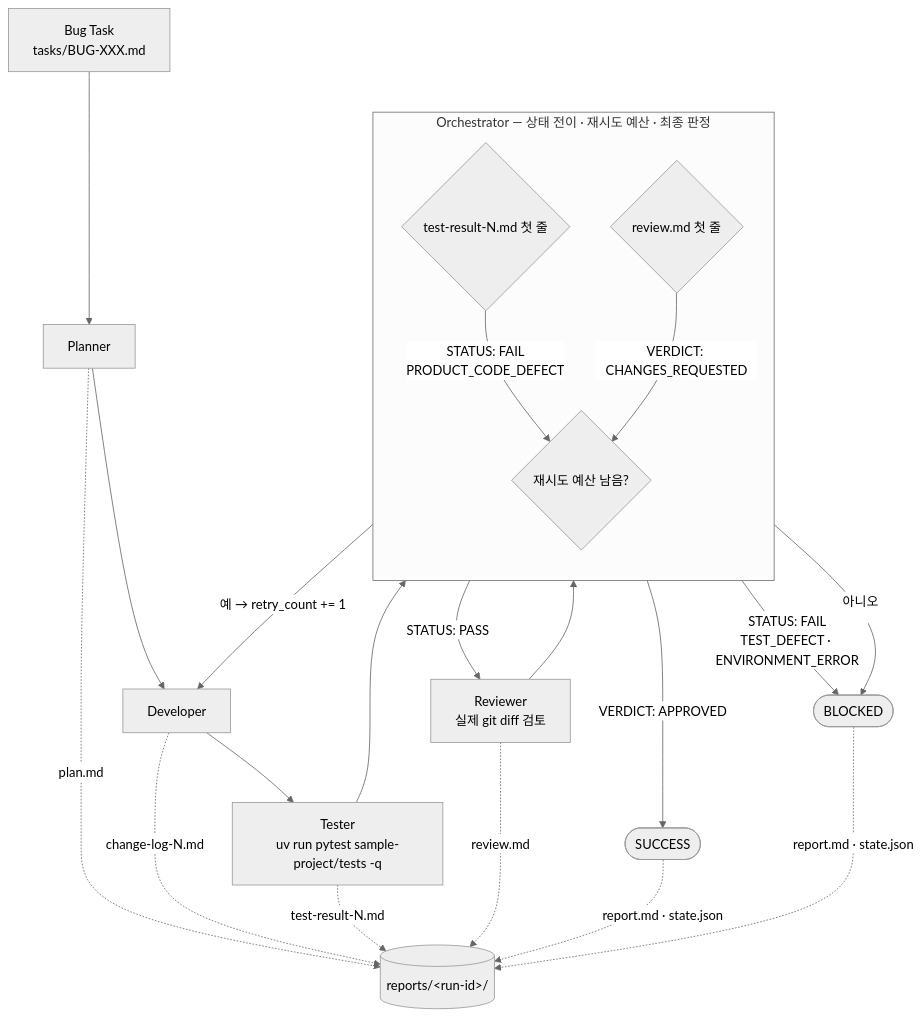
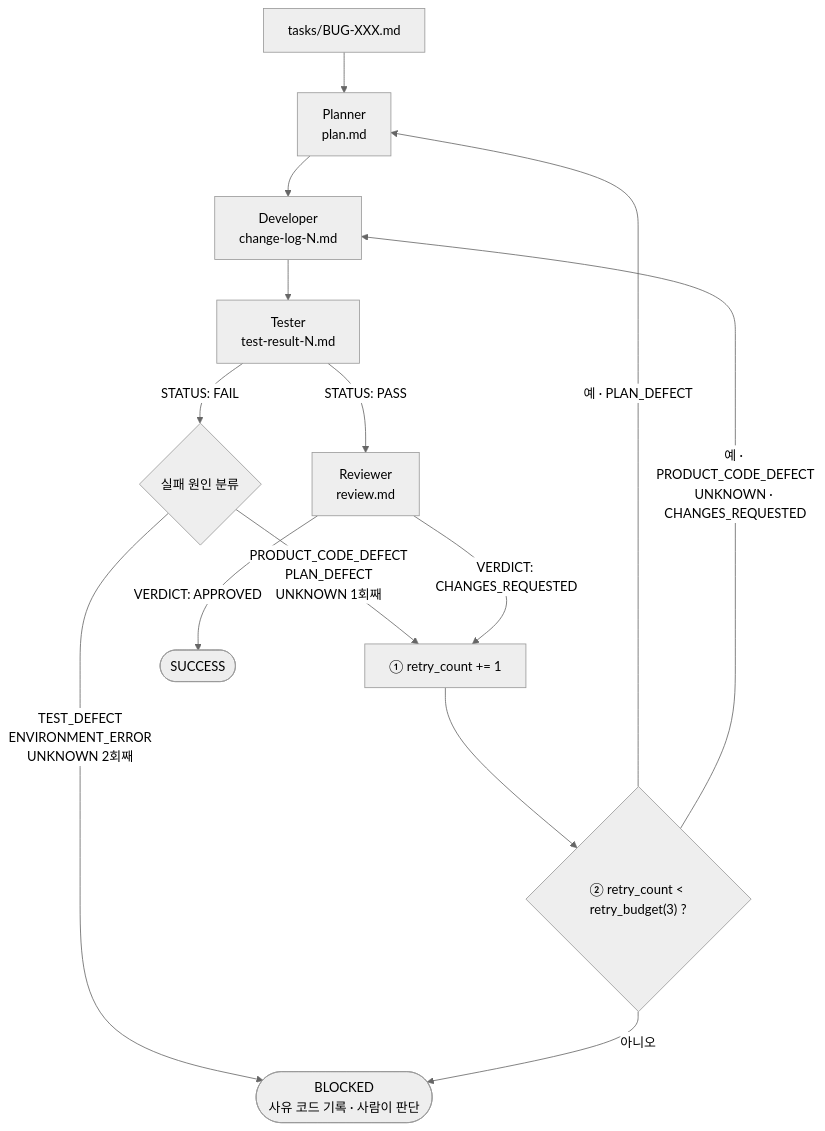
Before and after one commit to shimjeongho/patchpilot: the diagram in README.md, drawn with Mermaid (neutral theme). The commit also changed other lines of this file, not shown here.

````diff
--- a/README.md
+++ b/README.md
@@ -61,41 +33,23 @@
 ```mermaid
 flowchart TD
-    TASK["Bug Task<br/>tasks/BUG-XXX.md"] --> PLAN
+    TASK["tasks/BUG-XXX.md"] --> PLAN["Planner<br/>plan.md"]
+    PLAN --> DEV["Developer<br/>change-log-N.md"]
+    DEV --> TEST["Tester<br/>test-result-N.md"]
 
-    PLAN["Planner"]
-    DEV["Developer"]
-    TEST["Tester<br/>uv run pytest sample-project/tests -q"]
-    REV["Reviewer<br/>실제 git diff 검토"]
+    TEST -->|"STATUS: PASS"| REV["Reviewer<br/>review.md"]
+    TEST -->|"STATUS: FAIL"| CAUSE{"실패 원인 분류"}
 
-    PLAN --> DEV --> TEST --> STATUS
+    CAUSE -->|"TEST_DEFECT<br/>ENVIRONMENT_ERROR<br/>UNKNOWN 2회째"| BLOCKED
+    CAUSE -->|"PRODUCT_CODE_DEFECT<br/>PLAN_DEFECT<br/>UNKNOWN 1회째"| INC
 
-    subgraph ORC ["Orchestrator — 상태 전이 · 재시도 예산 · 최종 판정"]
-        direction TB
-        STATUS{"test-result-N.md 첫 줄"}
-        BUDGET{"재시도 예산 남음?"}
-        VERDICT{"review.md 첫 줄"}
-    end
+    REV -->|"VERDICT: APPROVED"| SUCCESS
+    REV -->|"VERDICT: CHANGES_REQUESTED"| INC
 
-    STATUS -->|"STATUS: FAIL<br/>PRODUCT_CODE_DEFECT"| BUDGET
-    STATUS -->|"STATUS: FAIL<br/>TEST_DEFECT · ENVIRONMENT_ERROR"| BLOCKED
-    STATUS -->|"STATUS: PASS"| REV
-
-    BUDGET -->|"예 → retry_count += 1"| DEV
-    BUDGET -->|아니오| BLOCKED
-
-    REV --> VERDICT
-    VERDICT -->|"VERDICT: CHANGES_REQUESTED"| BUDGET
-    VERDICT -->|"VERDICT: APPROVED"| SUCCESS
+    INC["① retry_count += 1"] --> CMP{"② retry_count &lt; retry_budget(3) ?"}
+    CMP -->|"예 · PLAN_DEFECT"| PLAN
+    CMP -->|"예 · PRODUCT_CODE_DEFECT<br/>UNKNOWN · CHANGES_REQUESTED"| DEV
+    CMP -->|"아니오"| BLOCKED
 
     SUCCESS(["SUCCESS"])
-    BLOCKED(["BLOCKED"])
-
-    PLAN -.->|plan.md| REPORTS
-    DEV -.->|change-log-N.md| REPORTS
-    TEST -.->|test-result-N.md| REPORTS
-    REV -.->|review.md| REPORTS
-    SUCCESS -.->|"report.md · state.json"| REPORTS
-    BLOCKED -.->|"report.md · state.json"| REPORTS
-
-    REPORTS[("reports/&lt;run-id&gt;/")]
+    BLOCKED(["BLOCKED<br/>사유 코드 기록 · 사람이 판단"])
 ```
````
